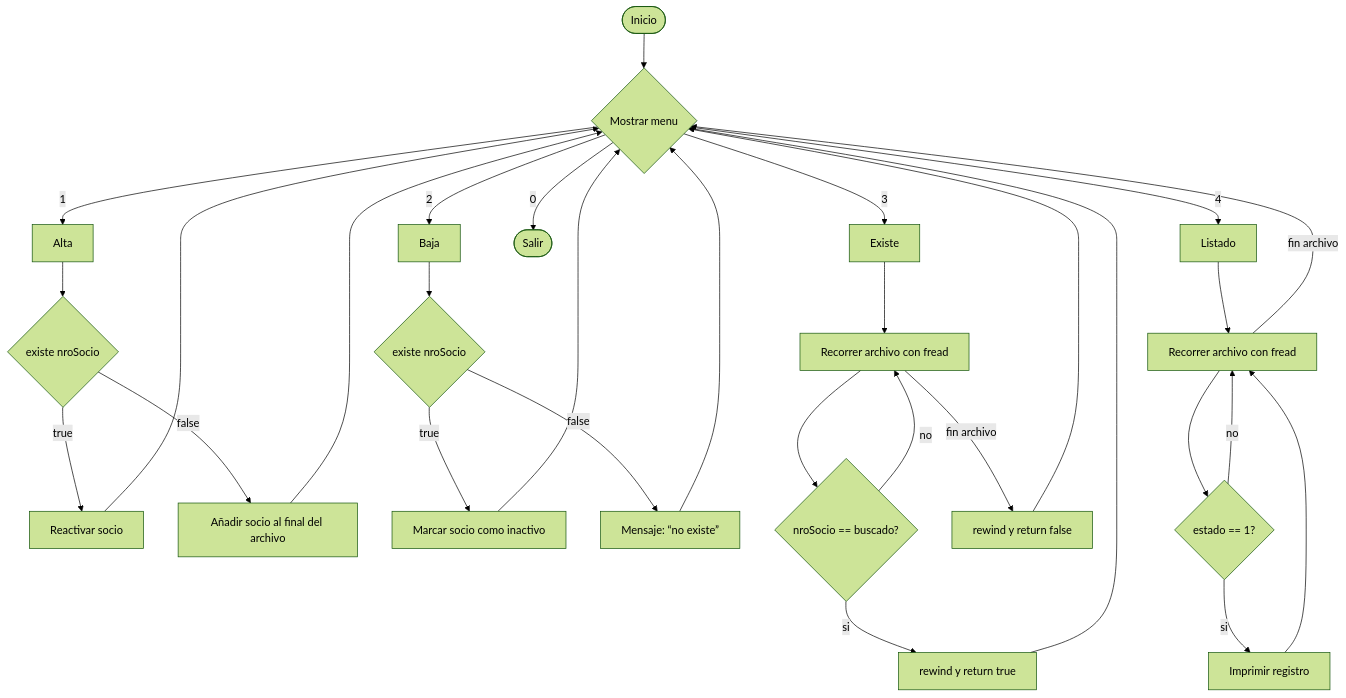
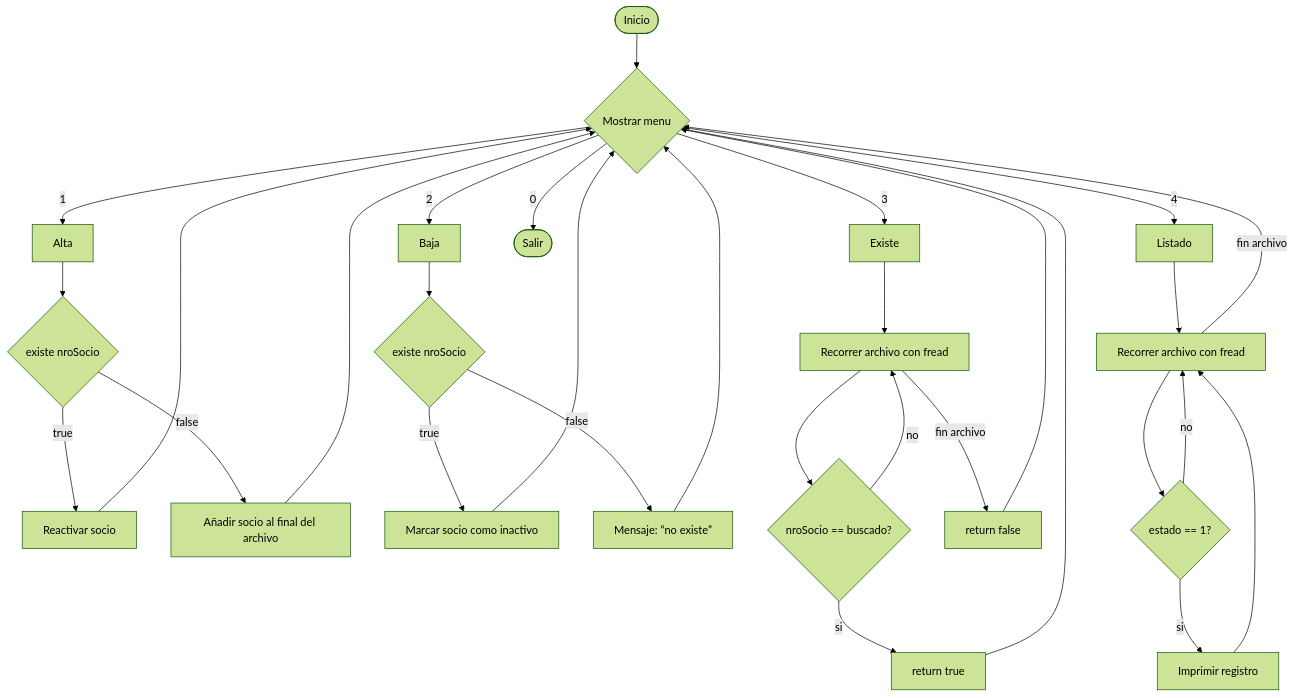
The diagram in README.md (mletelle/IBD-TP-Socios), drawn with Mermaid (forest theme) before and after one commit.

Commit message:
actualziado flujo de datos

`````diff
--- a/README.md
+++ b/README.md
@@ -63,35 +63,35 @@
 ````mermaid
 flowchart TD
     Start(["Inicio"]) --> Menu{"Mostrar menu"}
     Menu -- 1 --> Alta["Alta"]
     Menu -- 2 --> Baja["Baja"]
     Menu -- 3 --> Existe["Existe"]
     Menu -- 4 --> Listado["Listado"]
     Menu -- 0 --> End(["Salir"])
     Alta --> Check1["existe nroSocio"]
     Check1 -- true --> Reactivar["Reactivar socio"]
     Check1 -- false --> Append["Añadir socio al final del archivo"]
     Reactivar --> Menu
     Append --> Menu
     Baja --> Check2["existe nroSocio"]
     Check2 -- true --> Inactivate["Marcar socio como inactivo"]
     Check2 -- false --> NoExist1["Mensaje: “no existe”"]
     Inactivate --> Menu
     NoExist1 --> Menu
     Existe --> LoopEx["Recorrer archivo con fread"]
     LoopEx --> FoundEx{"nroSocio == buscado?"}
-    FoundEx -- si --> ReturnTrue["rewind y return true"]
+    FoundEx -- si --> ReturnTrue["return true"]
     FoundEx -- no --> LoopEx
     ReturnTrue --> Menu
-    LoopEx -- fin archivo --> ReturnFalse["rewind y return false"]
+    LoopEx -- fin archivo --> ReturnFalse["return false"]
     ReturnFalse --> Menu
     Listado --> LoopList["Recorrer archivo con fread"]
     LoopList --> CheckAct{"estado == 1?"}
     CheckAct -- si --> PrintRec["Imprimir registro"]
     CheckAct -- no --> LoopList
     PrintRec --> LoopList
     LoopList -- fin archivo --> Menu
 
     Check1@{ shape: diam}
     Check2@{ shape: diam}
 ````
`````
